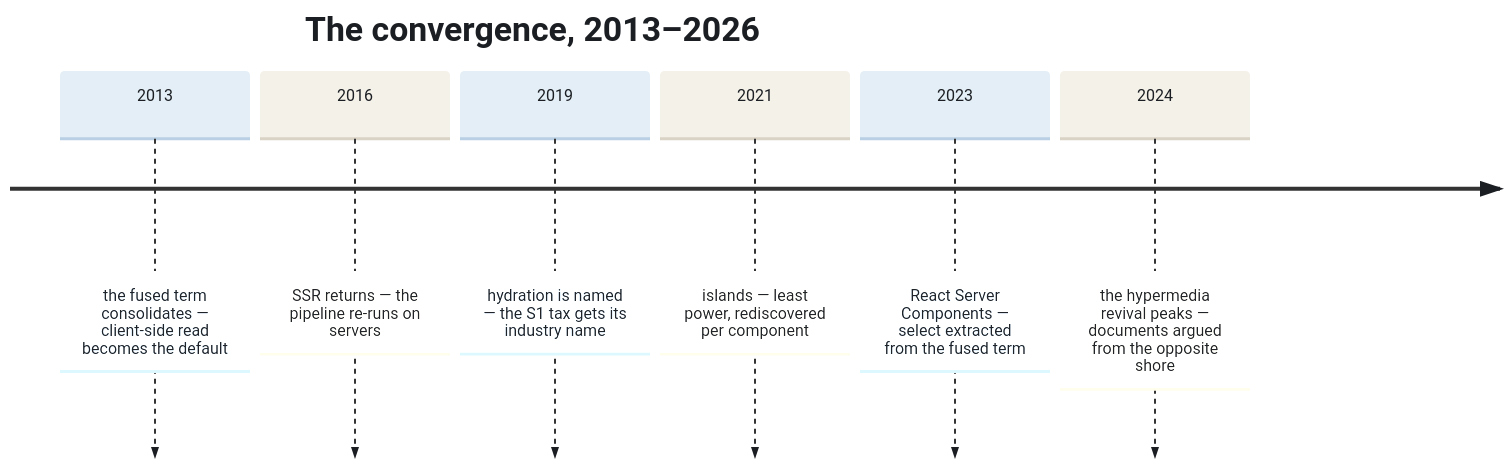
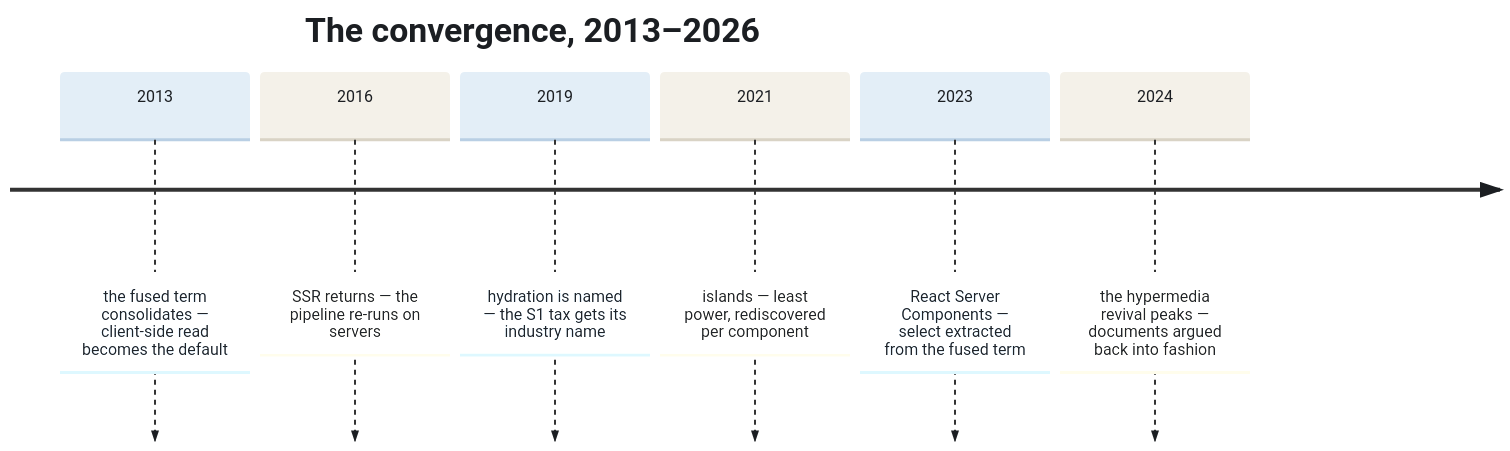
Before and after one commit to AtomGraph/First-Principles-of-the-Web: the ninth of 11 diagrams in first-principles-of-the-web.md, drawn with Mermaid. The commit also changed other lines of this file, not shown here.

````diff
--- a/first-principles-of-the-web.md
+++ b/first-principles-of-the-web.md
@@ -983,12 +981,12 @@
 ```mermaid
 %%| column: page-right
 %%{init: {'theme':'base','themeVariables':{'fontFamily':'-apple-system, BlinkMacSystemFont, Segoe UI, Roboto, Helvetica Neue, Arial, sans-serif','textColor':'#1b1e22','lineColor':'#5a6270','cScale0':'#e3eef7','cScale1':'#f4f1e9','cScale2':'#e3eef7','cScale3':'#f4f1e9','cScale4':'#e3eef7','cScale5':'#f4f1e9','cScaleLabel0':'#1b1e22','cScaleLabel1':'#1b1e22','cScaleLabel2':'#1b1e22','cScaleLabel3':'#1b1e22','cScaleLabel4':'#1b1e22','cScaleLabel5':'#1b1e22','cScaleInv0':'#b9cfe4','cScaleInv1':'#d9d3c5','cScaleInv2':'#b9cfe4','cScaleInv3':'#d9d3c5','cScaleInv4':'#b9cfe4','cScaleInv5':'#d9d3c5'}}}%%
 timeline
     title The convergence, 2013–2026
     2013 : the fused term consolidates — client-side read becomes the default
     2016 : SSR returns — the pipeline re-runs on servers
     2019 : hydration is named — the S1 tax gets its industry name
     2021 : islands — least power, rediscovered per component
     2023 : React Server Components — select extracted from the fused term
-    2024 : the hypermedia revival peaks — documents argued from the opposite shore
+    2024 : the hypermedia revival peaks — documents argued back into fashion
 ```
````
